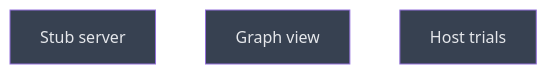
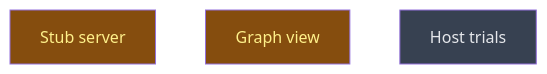
Before and after one commit to CrackingShells/cracking-shells-playbook: the diagram in __roadmap__/m0-feasibility-spike/build/README.md, drawn with Mermaid. The commit also changed other lines of this file and 1 other file, not shown here.

Commit message:
chore(roadmap): start the m0 build level

````diff
--- a/__roadmap__/m0-feasibility-spike/build/README.md
+++ b/__roadmap__/m0-feasibility-spike/build/README.md
@@ -21,11 +21,11 @@
 ```mermaid
 graph TD
-    stub_server[Stub server]:::planned
-    graph_view[Graph view]:::planned
+    stub_server[Stub server]:::inprogress
+    graph_view[Graph view]:::inprogress
     trials[Host trials]:::planned
     classDef done       fill:#166534,color:#bbf7d0
     classDef inprogress fill:#854d0e,color:#fef08a
     classDef planned    fill:#374151,color:#e5e7eb
     classDef amendment  fill:#1e3a5f,color:#bfdbfe
     classDef blocked    fill:#7f1d1d,color:#fecaca
 ```
````
